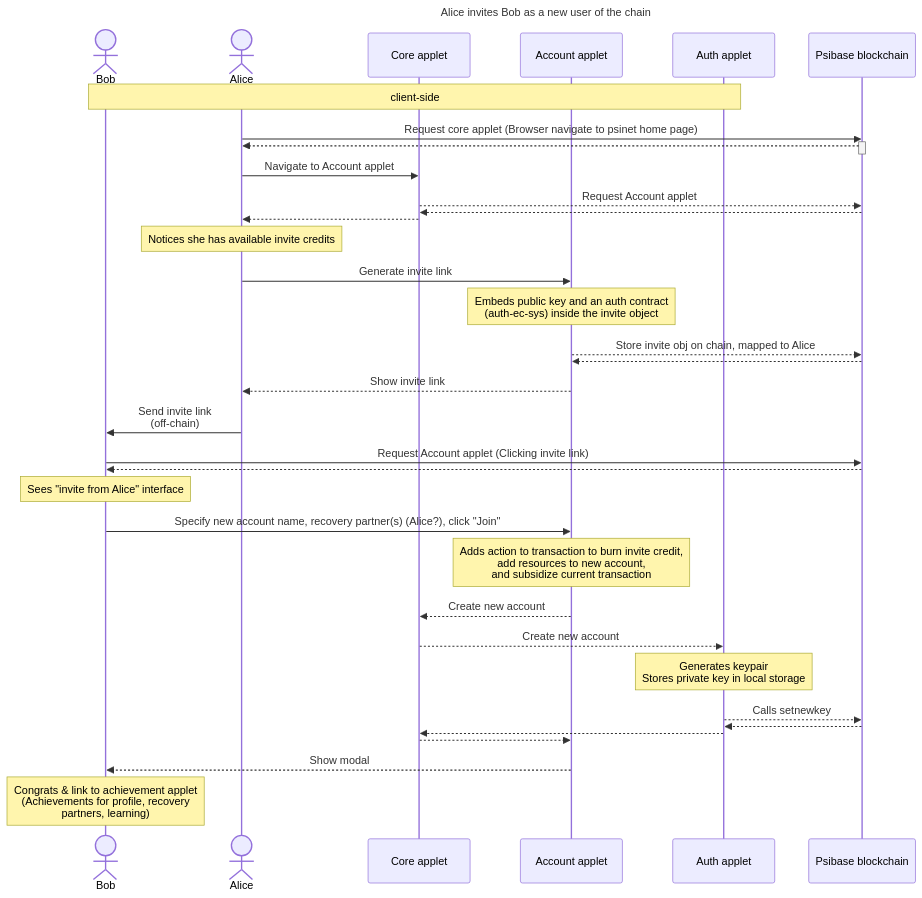
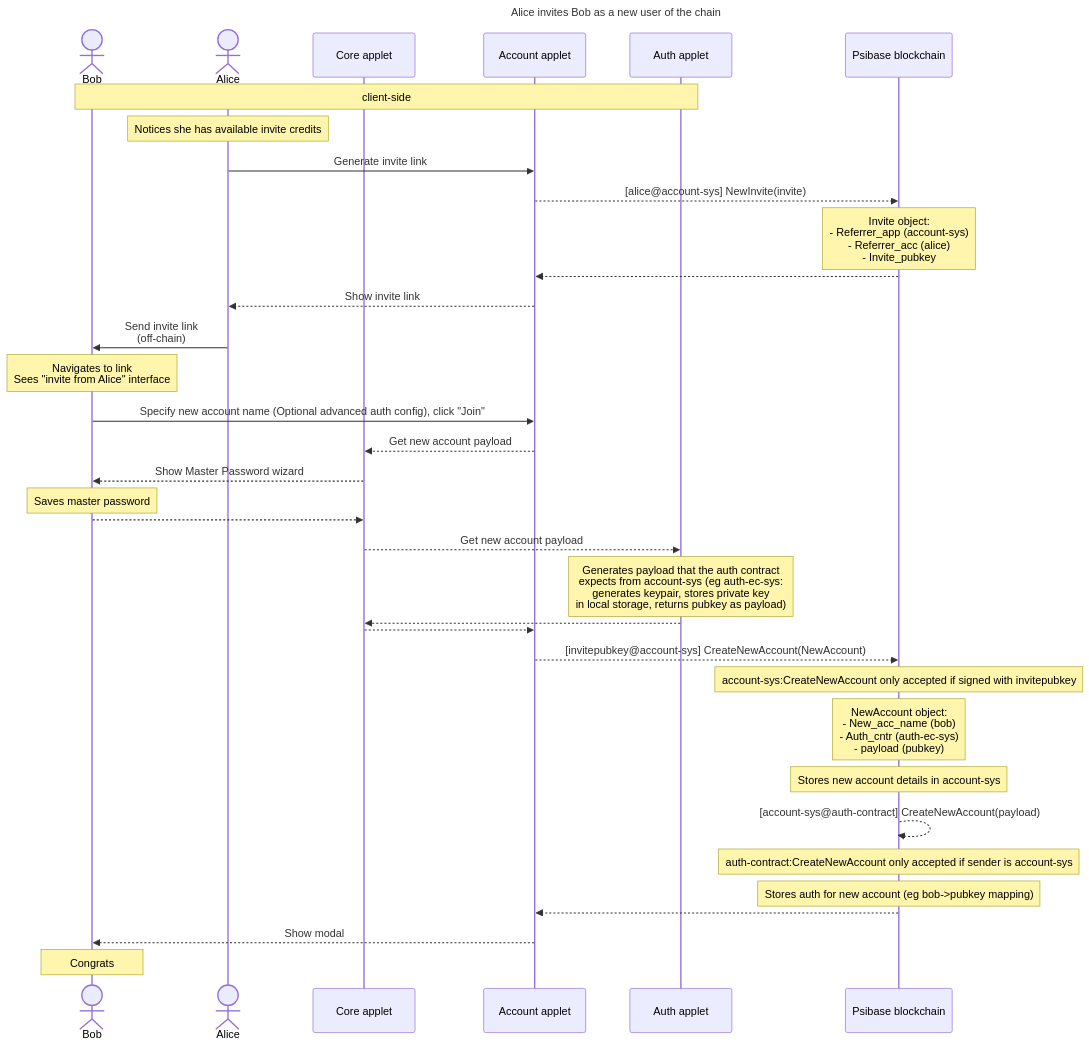
One commit to gofractally/psibase changed the diagram in doc/diagrams/invite-new-user.md. Above: the diagram before and after it, drawn with Mermaid.

Commit message:
update invite-new-user diagram

````diff
--- a/doc/diagrams/invite-new-user.md
+++ b/doc/diagrams/invite-new-user.md
@@ -1,47 +1,43 @@
 ```mermaid
 
 sequenceDiagram
+
    title Alice invites Bob as a new user of the chain
    actor Bob
    actor Alice
    participant Core applet
    participant Account applet
    participant Auth applet
    participant Psibase blockchain
 
    note over Bob, Auth applet: client-side
 
-   Alice->>Psibase blockchain: Request core applet (Browser navigate to psinet home page)
-   activate Psibase blockchain
-   Psibase blockchain-->>Alice: 
-   deactivate Psibase blockchain
-
-   Alice->>Core applet: Navigate to Account applet
-   Core applet-->>Psibase blockchain: Request Account applet
-   Psibase blockchain-->>Core applet: 
-   Core applet-->>Alice: 
-
    note over Alice: Notices she has available invite credits
    Alice->>Account applet: Generate invite link
-   Note over Account applet: Embeds public key and an auth contract<br> (auth-ec-sys) inside the invite object
-   Account applet-->>Psibase blockchain: Store invite obj on chain, mapped to Alice
+   Account applet-->>Psibase blockchain: [alice@account-sys] NewInvite(invite)
+   Note over Psibase blockchain: Invite object: <br>  - Referrer_app (account-sys)<br>  - Referrer_acc (alice)<br>  - Invite_pubkey
    Psibase blockchain-->>Account applet: 
    Account applet-->>Alice: Show invite link
    Alice->>Bob: Send invite link <br>(off-chain)
 
-   Bob->>Psibase blockchain: Request Account applet (Clicking invite link)
-   Psibase blockchain-->>Bob: 
-
-   Note over Bob: Sees "invite from Alice" interface
-   Bob->>Account applet: Specify new account name, recovery partner(s) (Alice?), click "Join"
-   Note over Account applet: Adds action to transaction to burn invite credit,<br> add resources to new account,<br> and subsidize current transaction
-   Account applet-->>Core applet: Create new account
-   Core applet-->>Auth applet: Create new account
-   Note over Auth applet: Generates keypair <br>Stores private key in local storage
-   Auth applet-->>Psibase blockchain: Calls setnewkey
-   Psibase blockchain-->>Auth applet: 
+   Note over Bob: Navigates to link<br>Sees "invite from Alice" interface
+   Bob->>Account applet: Specify new account name (Optional advanced auth config), click "Join"
+   Account applet-->>Core applet: Get new account payload
+   Core applet-->>Bob: Show Master Password wizard
+   Note over Bob: Saves master password
+   Bob-->>Core applet: 
+   Core applet-->>Auth applet: Get new account payload
+   Note over Auth applet: Generates payload that the auth contract<br> expects from account-sys (eg auth-ec-sys:<br>generates keypair, stores private key <br>in local storage, returns pubkey as payload)
    Auth applet-->>Core applet: 
    Core applet-->>Account applet: 
+   Account applet-->>Psibase blockchain: [invitepubkey@account-sys] CreateNewAccount(NewAccount)
+   Note over Psibase blockchain: account-sys:CreateNewAccount only accepted if signed with invitepubkey
+   Note over Psibase blockchain: NewAccount object: <br>  - New_acc_name (bob)<br>  - Auth_cntr (auth-ec-sys)<br>  - payload (pubkey)
+   Note over Psibase blockchain: Stores new account details in account-sys
+   Psibase blockchain-->>Psibase blockchain: [account-sys@auth-contract] CreateNewAccount(payload)
+   Note over Psibase blockchain: auth-contract:CreateNewAccount only accepted if sender is account-sys
+   Note over Psibase blockchain: Stores auth for new account (eg bob->pubkey mapping)
+   Psibase blockchain-->>Account applet: 
    Account applet-->>Bob: Show modal
-   Note over Bob: Congrats & link to achievement applet<br> (Achievements for profile, recovery <br>partners, learning)
+   Note over Bob: Congrats
 ```
````
